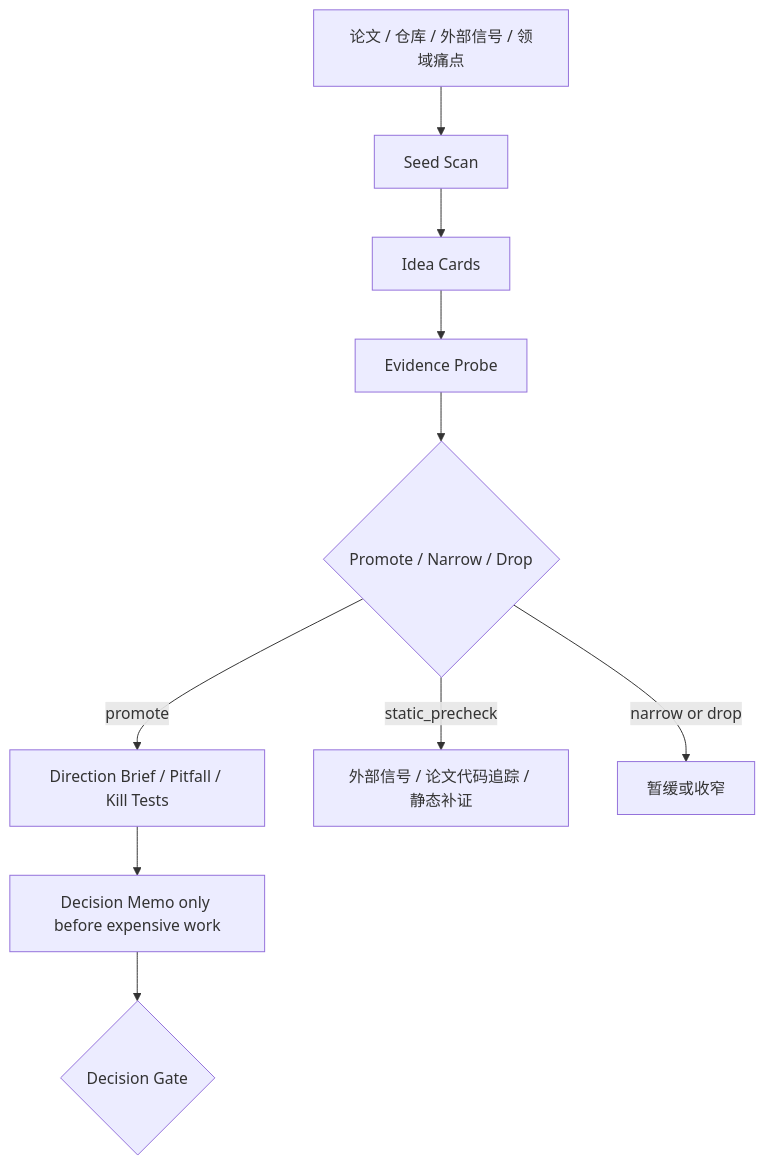
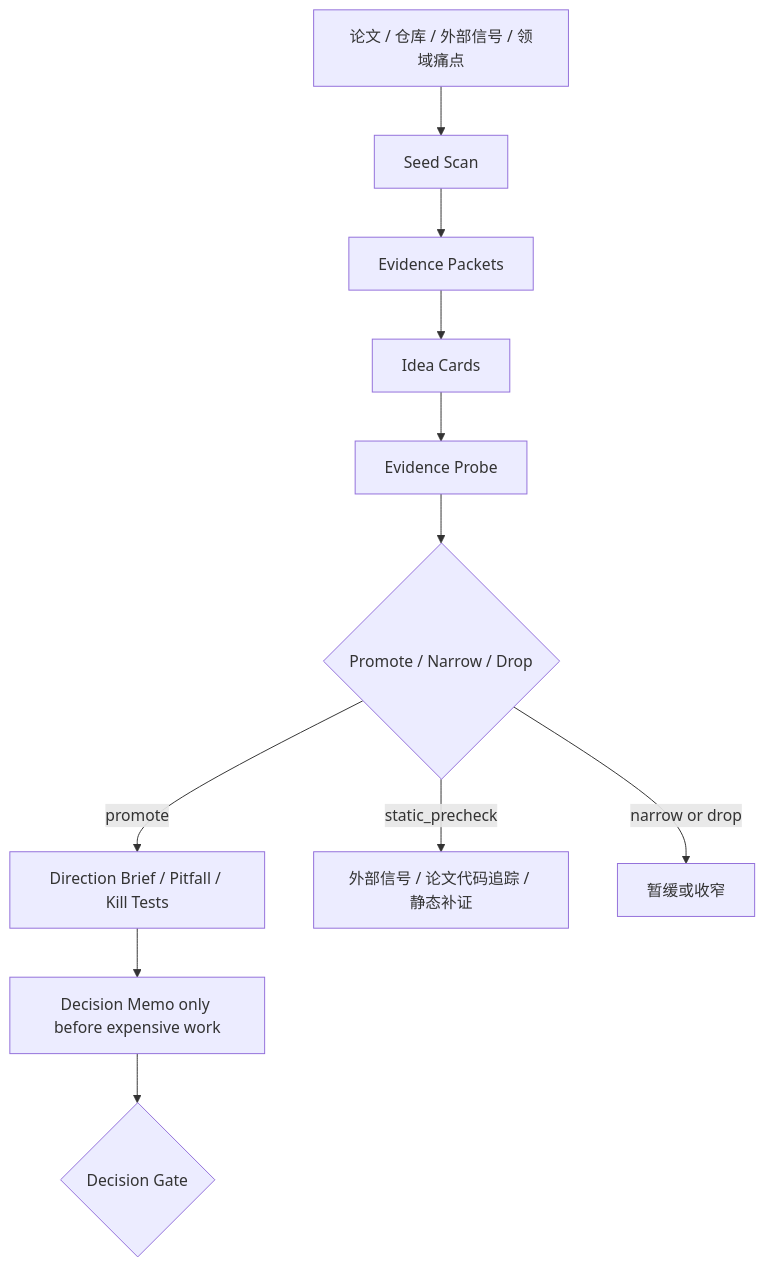
One commit to Eternite-0/CodexResearchDesk changed the diagram in README.md. Above: the diagram before and after it, drawn with Mermaid. The commit also changed other lines of this file and 9 other files, not shown here.

````diff
--- a/README.md
+++ b/README.md
@@ -49,12 +50,13 @@
 ```mermaid
 flowchart TD
     A["论文 / 仓库 / 外部信号 / 领域痛点"] --> B["Seed Scan"]
-    B --> C["Idea Cards"]
+    B --> P["Evidence Packets"]
+    P --> C["Idea Cards"]
     C --> D["Evidence Probe"]
     D --> E{"Promote / Narrow / Drop"}
     E -->|promote| F["Direction Brief / Pitfall / Kill Tests"]
     E -->|static_precheck| G["外部信号 / 论文代码追踪 / 静态补证"]
     E -->|narrow or drop| H["暂缓或收窄"]
     F --> I["Decision Memo only before expensive work"]
     I --> J{"Decision Gate"}
 ```
````
